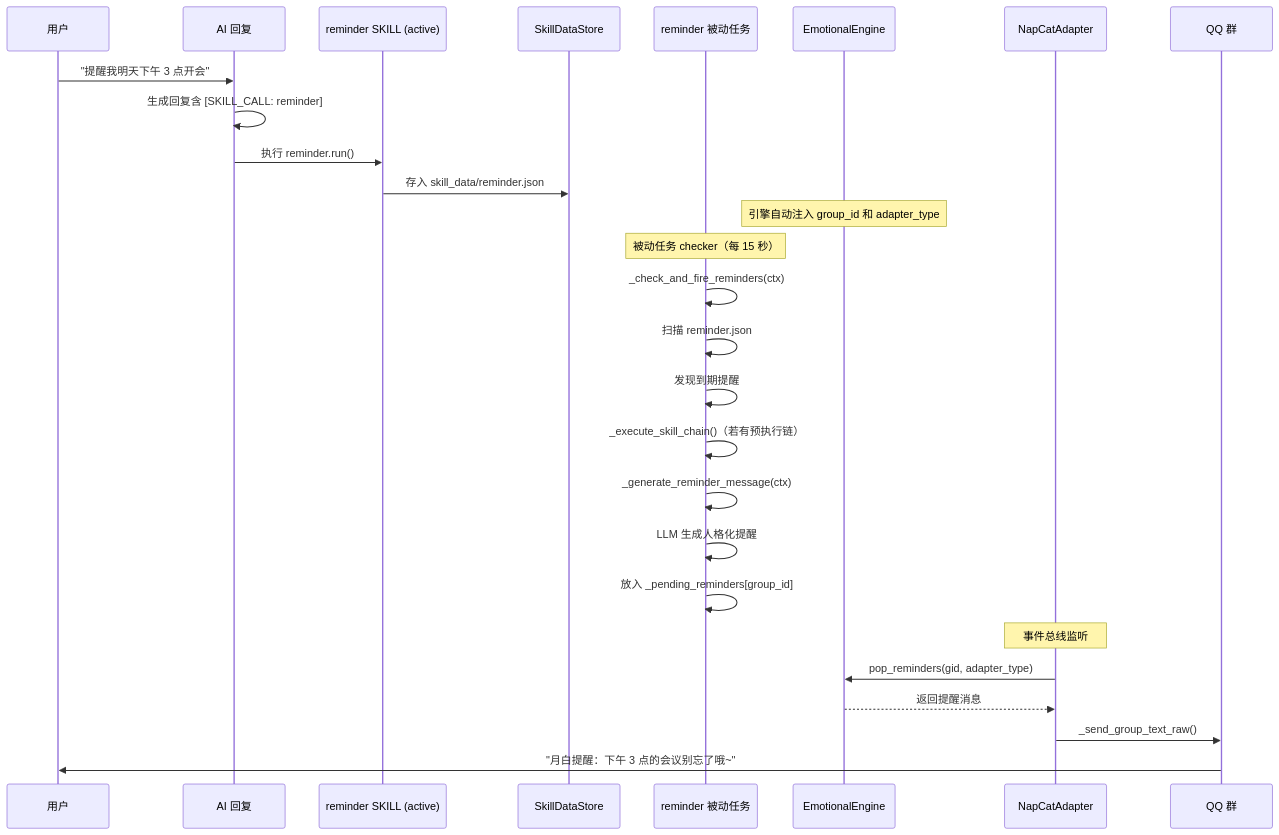
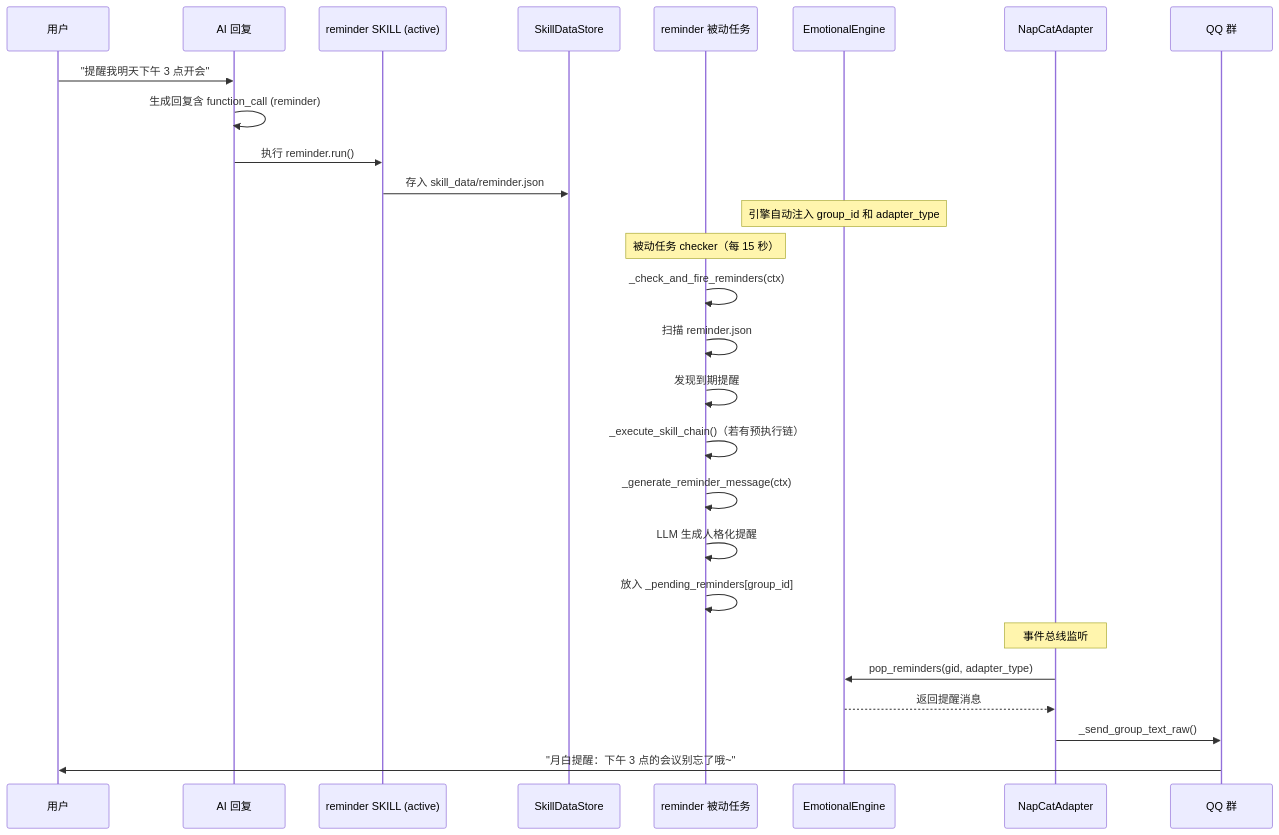
One commit to LiveSirius/SiriusPulse-Docs changed the eighth of 12 diagrams in guide/architecture-overview.md. Above: the diagram before and after it, drawn with Mermaid. The commit also changed other lines of this file and 4 other files, not shown here.

Commit message:
docs: 自动同步 — 核心引擎重构、新增插件意图匹配/验证模块、删除技能执行器、配置模型变更，影响多个公开接口和配置字段 [skip ci]

````diff
--- a/guide/architecture-overview.md
+++ b/guide/architecture-overview.md
@@ -326,32 +326,32 @@
 ```mermaid
 sequenceDiagram
     participant User as 用户
     participant AI as AI 回复
     participant Skill as reminder SKILL (active)
     participant Store as SkillDataStore
     participant Passive as reminder 被动任务
     participant Engine as EmotionalEngine
     participant Adapter as NapCatAdapter
     participant QQ as QQ 群
 
     User->>AI: "提醒我明天下午 3 点开会"
-    AI->>AI: 生成回复含 [SKILL_CALL: reminder]
+    AI->>AI: 生成回复含 function_call (reminder)
     AI->>Skill: 执行 reminder.run()
     Skill->>Store: 存入 skill_data/reminder.json
     Note over Engine: 引擎自动注入 group_id 和 adapter_type
 
     Note over Passive: 被动任务 checker（每 15 秒）
     Passive->>Passive: _check_and_fire_reminders(ctx)
     Passive->>Passive: 扫描 reminder.json
     Passive->>Passive: 发现到期提醒
     Passive->>Passive: _execute_skill_chain()（若有预执行链）
     Passive->>Passive: _generate_reminder_message(ctx)
     Passive->>Passive: LLM 生成人格化提醒
     Passive->>Passive: 放入 _pending_reminders[group_id]
 
     Note over Adapter: 事件总线监听
     Adapter->>Engine: pop_reminders(gid, adapter_type)
     Engine-->>Adapter: 返回提醒消息
     Adapter->>QQ: _send_group_text_raw()
     QQ->>User: "月白提醒：下午 3 点的会议别忘了哦~"
 ```
````
